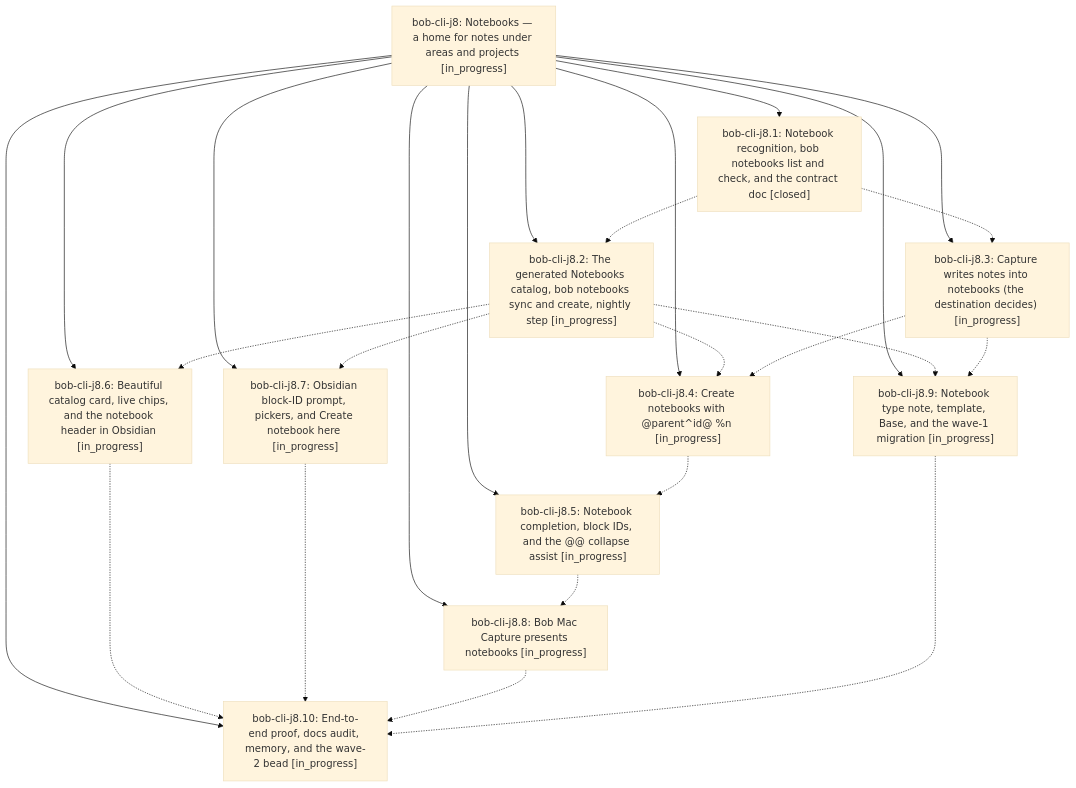
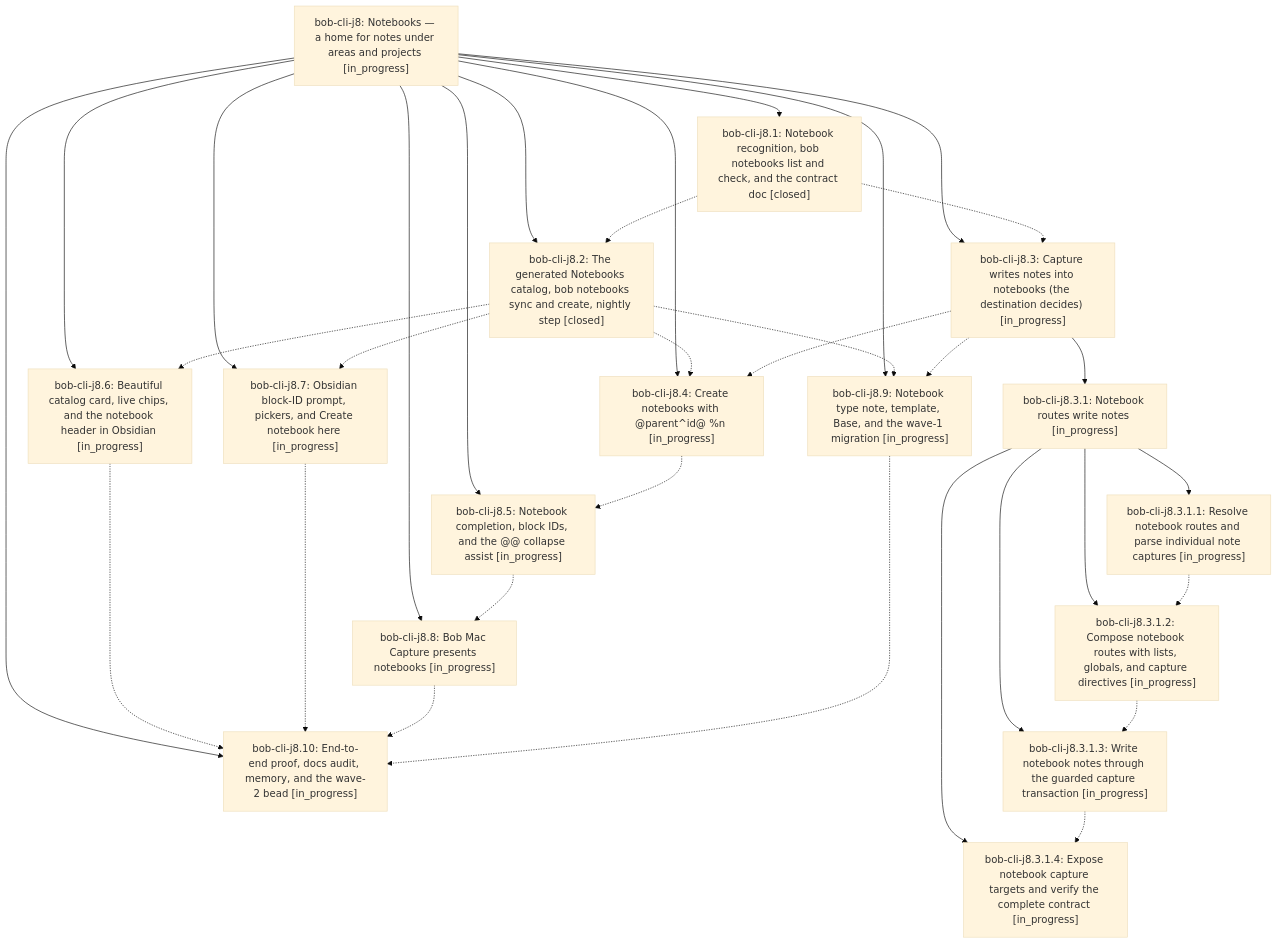
One commit to bobs-org/bob-cli--beads changed the diagram in pages/bob-cli-j8/README.md. Above: the diagram before and after it, drawn with Mermaid (base theme). The commit also changed other lines of this file and 12 other files, not shown here.

First line of the commit message:
chore(beads): sync bead state and pages for bob-cli-j8

````diff
--- a/pages/bob-cli-j8/README.md
+++ b/pages/bob-cli-j8/README.md
@@ -43,38 +47,51 @@
 ```mermaid
 flowchart TD
     n0["bob-cli-j8: Notebooks — a home for notes under areas and projects [in_progress]"]
     n1["bob-cli-j8.1: Notebook recognition, bob notebooks list and check, and the contract doc [closed]"]
     n2["bob-cli-j8.10: End-to-end proof, docs audit, memory, and the wave-2 bead [in_progress]"]
-    n3["bob-cli-j8.2: The generated Notebooks catalog, bob notebooks sync and create, nightly step [in_progress]"]
+    n3["bob-cli-j8.2: The generated Notebooks catalog, bob notebooks sync and create, nightly step [closed]"]
     n4["bob-cli-j8.3: Capture writes notes into notebooks (the destination decides) [in_progress]"]
-    n5["bob-cli-j8.4: Create notebooks with @parent^id@ %n [in_progress]"]
-    n6["bob-cli-j8.5: Notebook completion, block IDs, and the @@ collapse assist [in_progress]"]
-    n7["bob-cli-j8.6: Beautiful catalog card, live chips, and the notebook header in Obsidian [in_progress]"]
-    n8["bob-cli-j8.7: Obsidian block-ID prompt, pickers, and Create notebook here [in_progress]"]
-    n9["bob-cli-j8.8: Bob Mac Capture presents notebooks [in_progress]"]
-    n10["bob-cli-j8.9: Notebook type note, template, Base, and the wave-1 migration [in_progress]"]
+    n5["bob-cli-j8.3.1: Notebook routes write notes [in_progress]"]
+    n6["bob-cli-j8.3.1.1: Resolve notebook routes and parse individual note captures [in_progress]"]
+    n7["bob-cli-j8.3.1.2: Compose notebook routes with lists, globals, and capture directives [in_progress]"]
+    n8["bob-cli-j8.3.1.3: Write notebook notes through the guarded capture transaction [in_progress]"]
+    n9["bob-cli-j8.3.1.4: Expose notebook capture targets and verify the complete contract [in_progress]"]
+    n10["bob-cli-j8.4: Create notebooks with @parent^id@ %n [in_progress]"]
+    n11["bob-cli-j8.5: Notebook completion, block IDs, and the @@ collapse assist [in_progress]"]
+    n12["bob-cli-j8.6: Beautiful catalog card, live chips, and the notebook header in Obsidian [in_progress]"]
+    n13["bob-cli-j8.7: Obsidian block-ID prompt, pickers, and Create notebook here [in_progress]"]
+    n14["bob-cli-j8.8: Bob Mac Capture presents notebooks [in_progress]"]
+    n15["bob-cli-j8.9: Notebook type note, template, Base, and the wave-1 migration [in_progress]"]
     n0 --> n1
     n0 --> n2
     n0 --> n3
     n0 --> n4
-    n0 --> n5
-    n0 --> n6
-    n0 --> n7
-    n0 --> n8
-    n0 --> n9
+    n4 --> n5
+    n5 --> n6
+    n5 --> n7
+    n5 --> n8
+    n5 --> n9
     n0 --> n10
+    n0 --> n11
+    n0 --> n12
+    n0 --> n13
+    n0 --> n14
+    n0 --> n15
     n1 -.-> n3
     n1 -.-> n4
-    n3 -.-> n5
-    n3 -.-> n7
-    n3 -.-> n8
     n3 -.-> n10
-    n4 -.-> n5
+    n3 -.-> n12
+    n3 -.-> n13
+    n3 -.-> n15
     n4 -.-> n10
-    n5 -.-> n6
-    n6 -.-> n9
-    n7 -.-> n2
-    n8 -.-> n2
-    n9 -.-> n2
-    n10 -.-> n2
+    n4 -.-> n15
+    n6 -.-> n7
+    n7 -.-> n8
+    n8 -.-> n9
+    n10 -.-> n11
+    n11 -.-> n14
+    n12 -.-> n2
+    n13 -.-> n2
+    n14 -.-> n2
+    n15 -.-> n2
 ```
````
